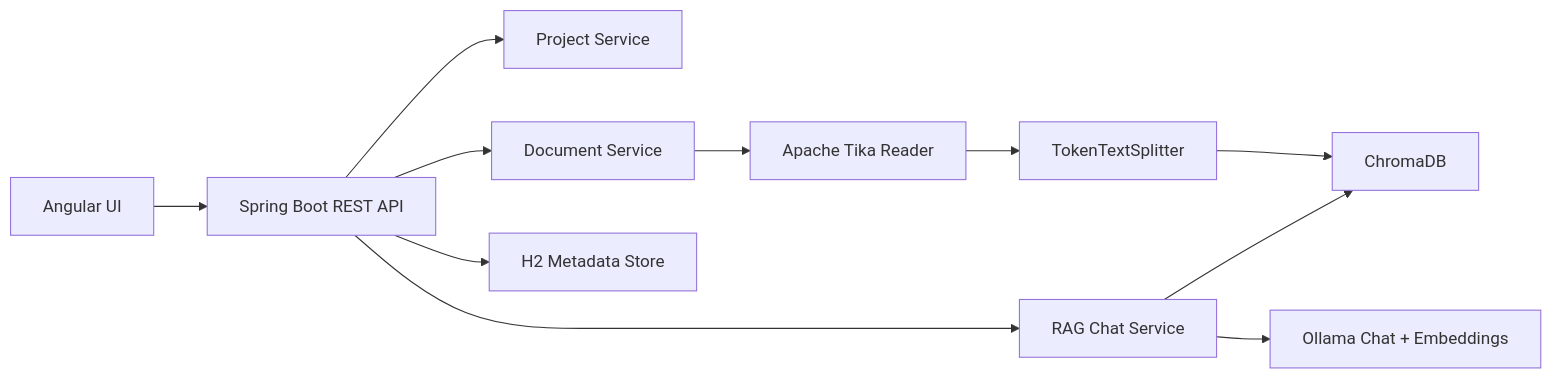
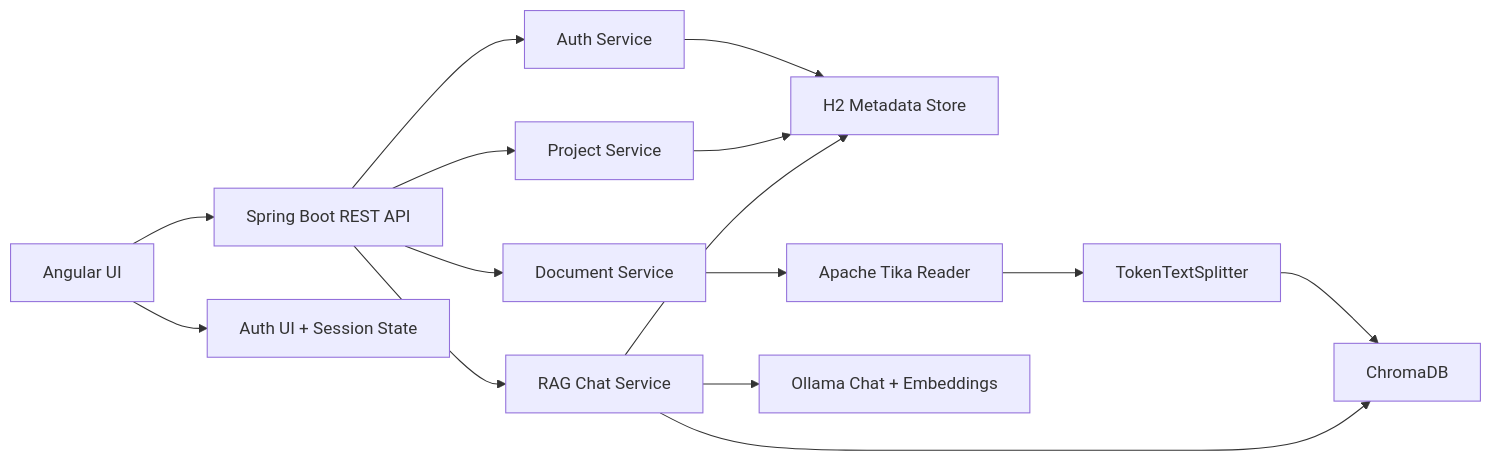
Before and after one commit to Aeontanvir/document-rag-using-spring-ai-and-angular: the first of 4 diagrams in README.md, drawn with Mermaid. The commit also changed other lines of this file, not shown here.

Commit message:
docs: update auth and user workspace guide

````diff
--- a/README.md
+++ b/README.md
@@ -21,13 +23,17 @@
 ```mermaid
 flowchart LR
     A["Angular UI"] --> B["Spring Boot REST API"]
+    A --> S["Auth UI + Session State"]
+    B --> AU["Auth Service"]
+    AU --> I["H2 Metadata Store"]
     B --> P["Project Service"]
     B --> C["Document Service"]
     C --> D["Apache Tika Reader"]
     D --> E["TokenTextSplitter"]
     E --> F["ChromaDB"]
     B --> G["RAG Chat Service"]
     G --> F
     G --> H["Ollama Chat + Embeddings"]
-    B --> I["H2 Metadata Store"]
+    P --> I
+    G --> I
 ```
````
